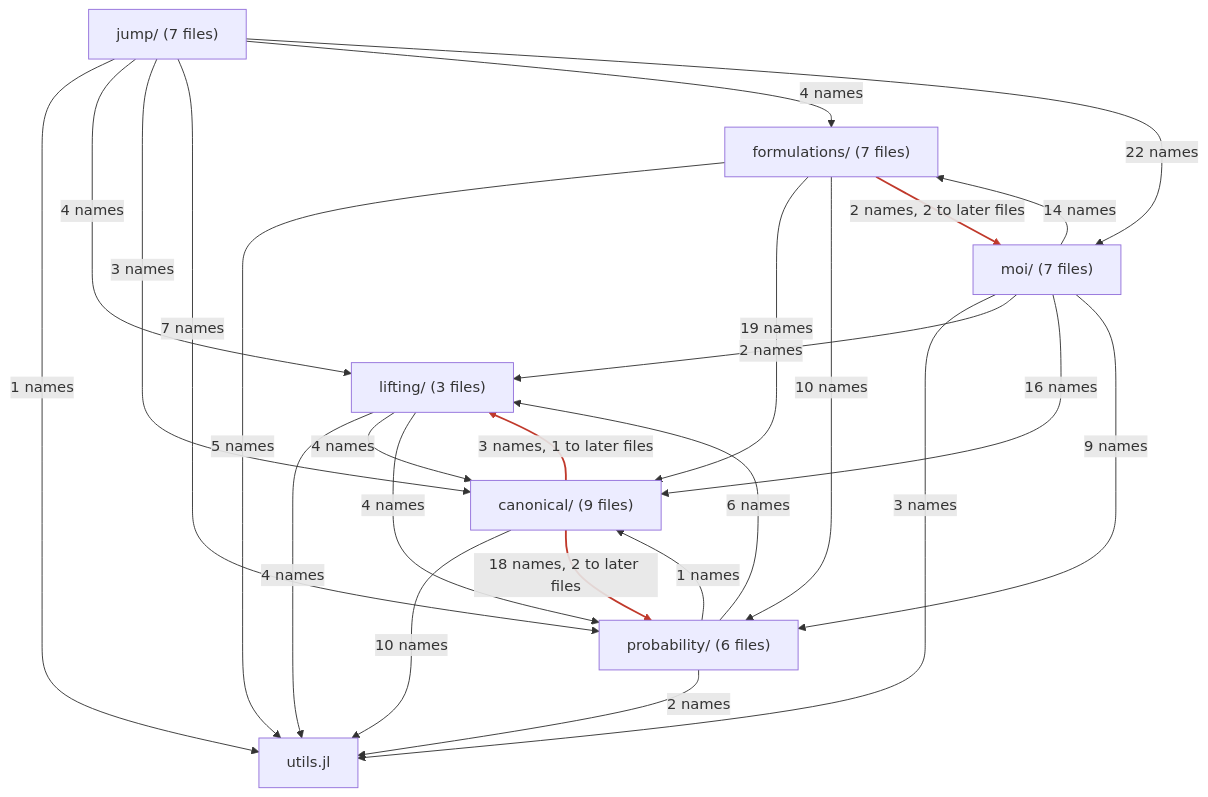
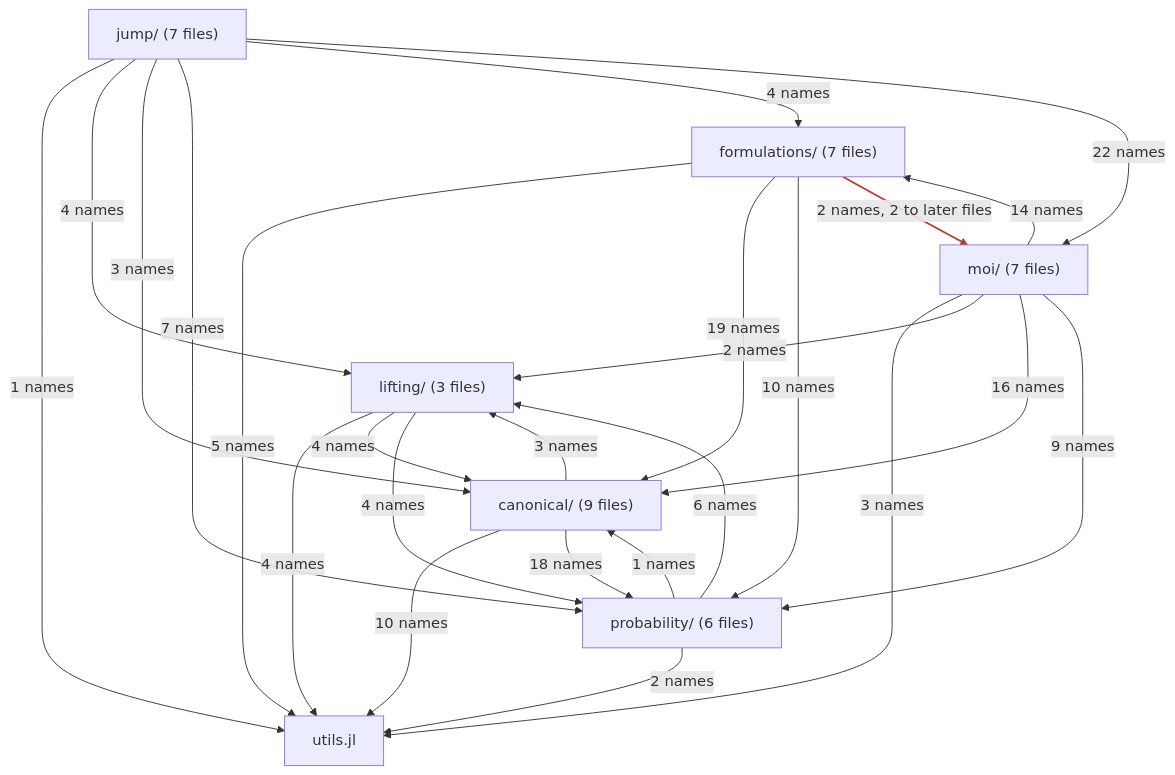
One commit to bfpc/LinearDecisionRules.jl changed the diagram in docs/src/developer/structure_current.md. Above: the diagram before and after it, drawn with Mermaid. The commit also changed other lines of this file and 6 other files, not shown here.

````diff
--- a/docs/src/developer/structure_current.md
+++ b/docs/src/developer/structure_current.md
@@ -12,37 +12,35 @@
 ```mermaid
 flowchart TD
     utils["utils.jl"]
     lifting["lifting/ (3 files)"]
     canonical["canonical/ (9 files)"]
     probability["probability/ (6 files)"]
     formulations["formulations/ (7 files)"]
     moi["moi/ (7 files)"]
     jump["jump/ (7 files)"]
     lifting -->|"4 names"| utils
     lifting -->|"4 names"| canonical
     lifting -->|"4 names"| probability
     canonical -->|"10 names"| utils
-    canonical -->|"3 names, 1 to later files"| lifting
-    canonical -->|"18 names, 2 to later files"| probability
+    canonical -->|"3 names"| lifting
+    canonical -->|"18 names"| probability
     probability -->|"2 names"| utils
     probability -->|"6 names"| lifting
     probability -->|"1 names"| canonical
     formulations -->|"5 names"| utils
     formulations -->|"19 names"| canonical
     formulations -->|"10 names"| probability
     formulations -->|"2 names, 2 to later files"| moi
     moi -->|"3 names"| utils
     moi -->|"2 names"| lifting
     moi -->|"16 names"| canonical
     moi -->|"9 names"| probability
     moi -->|"14 names"| formulations
     jump -->|"1 names"| utils
     jump -->|"4 names"| lifting
     jump -->|"3 names"| canonical
     jump -->|"7 names"| probability
     jump -->|"4 names"| formulations
     jump -->|"22 names"| moi
-    linkStyle 4 stroke:#c0392b,stroke-width:2px
-    linkStyle 5 stroke:#c0392b,stroke-width:2px
     linkStyle 12 stroke:#c0392b,stroke-width:2px
 ```
````
